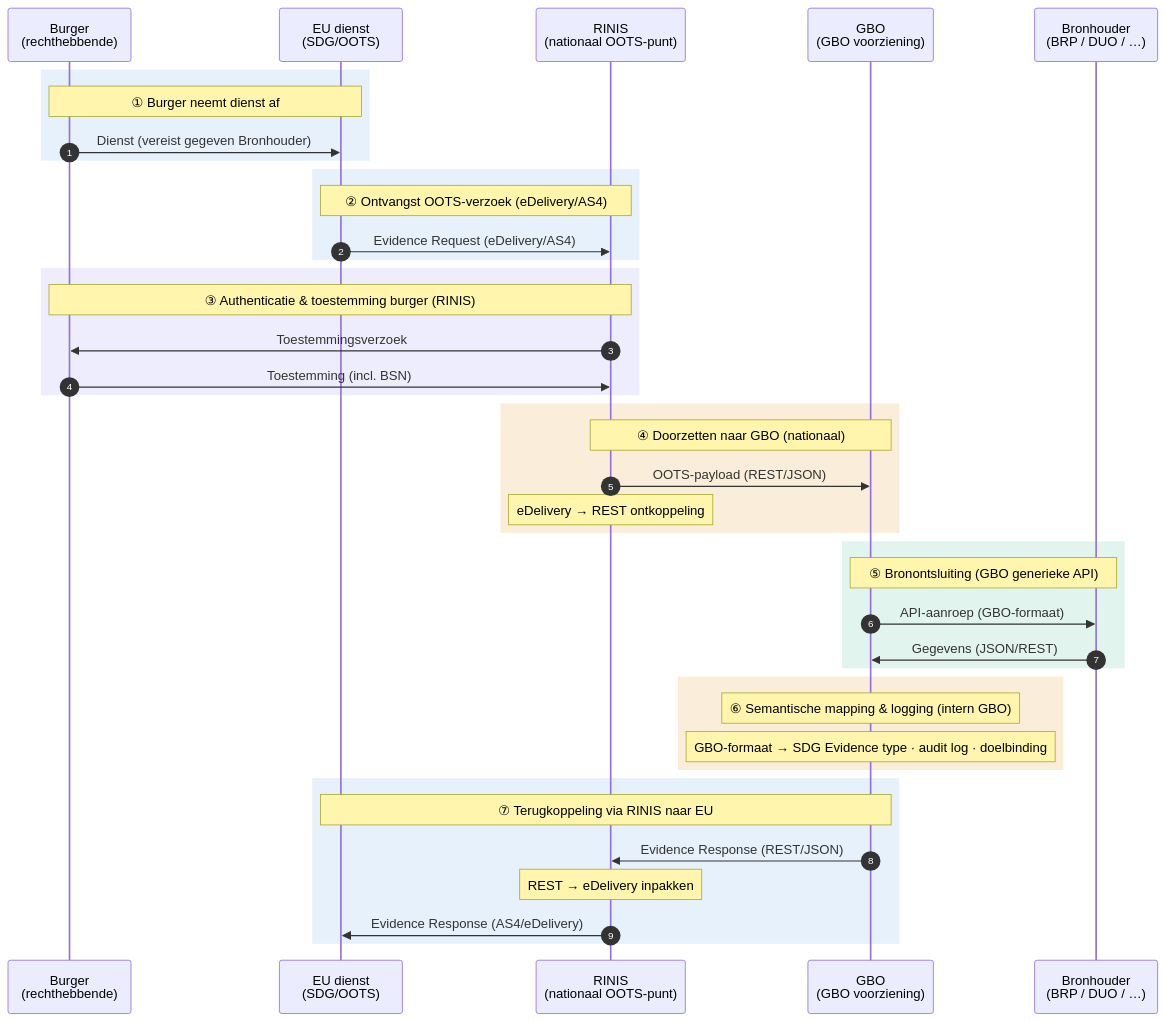
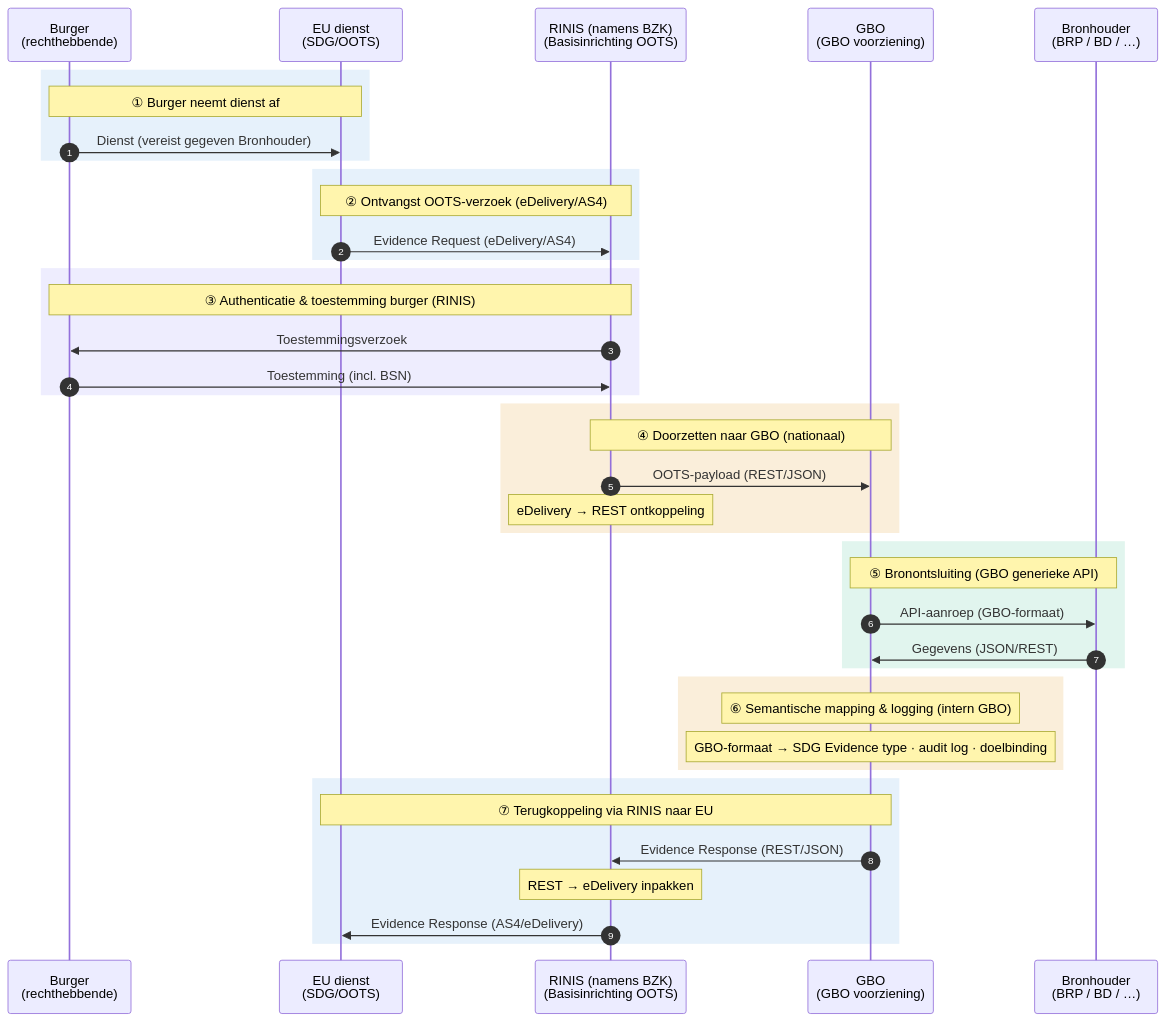
One commit to ICTU/GBO changed the diagram in docs/diagrammen/interactiepatroon-SDG-OOTS-verzoek.mmd. Above: the diagram before and after it, drawn with Mermaid. The commit also changed 7 other files, not shown here.

````diff
--- a/docs/diagrammen/interactiepatroon-SDG-OOTS-verzoek.mmd
+++ b/docs/diagrammen/interactiepatroon-SDG-OOTS-verzoek.mmd
@@ -1,52 +1,52 @@
 ``` mermaid
 
 sequenceDiagram
     autonumber
     participant BRG as Burger<br/>(rechthebbende)
     participant EU as EU dienst<br/>(SDG/OOTS)
-    participant RINIS as RINIS<br/>(nationaal OOTS-punt)
+    participant RINIS as RINIS (namens BZK)<br/>(Basisinrichting OOTS)
     participant GBO as GBO<br/>(GBO voorziening)
-    participant BRH as Bronhouder<br/>(BRP / DUO / …)
+    participant BRH as Bronhouder<br/>(BRP / BD / …)
 
     rect rgb(230, 241, 251)
         Note over BRG,EU: ① Burger neemt dienst af
         BRG->>EU: Dienst (vereist gegeven Bronhouder)
     end
 
     rect rgb(230, 241, 251)
         Note over EU,RINIS: ② Ontvangst OOTS-verzoek (eDelivery/AS4)
         EU->>RINIS: Evidence Request (eDelivery/AS4)
     end
 
 
     rect rgb(238, 237, 254)
         Note over RINIS,BRG: ③ Authenticatie & toestemming burger (RINIS)
         RINIS->>BRG: Toestemmingsverzoek
         BRG->>RINIS: Toestemming (incl. BSN)
     end
 
     rect rgb(250, 238, 218)
         Note over RINIS,GBO: ④ Doorzetten naar GBO (nationaal)
         RINIS->>GBO: OOTS-payload (REST/JSON)
         Note over RINIS: eDelivery → REST ontkoppeling
     end
 
     rect rgb(225, 245, 238)
         Note over GBO,BRH: ⑤ Bronontsluiting (GBO generieke API)
         GBO->>BRH: API-aanroep (GBO-formaat)
         BRH->>GBO: Gegevens (JSON/REST)
     end
 
     rect rgb(250, 238, 218)
         Note over GBO: ⑥ Semantische mapping & logging (intern GBO)
         Note over GBO: GBO-formaat → SDG Evidence type · audit log · doelbinding
     end
 
     rect rgb(230, 241, 251)
         Note over GBO,EU: ⑦ Terugkoppeling via RINIS naar EU
         GBO->>RINIS: Evidence Response (REST/JSON)
         Note over RINIS: REST → eDelivery inpakken
         RINIS->>EU: Evidence Response (AS4/eDelivery)
     end
 
 ```
````
